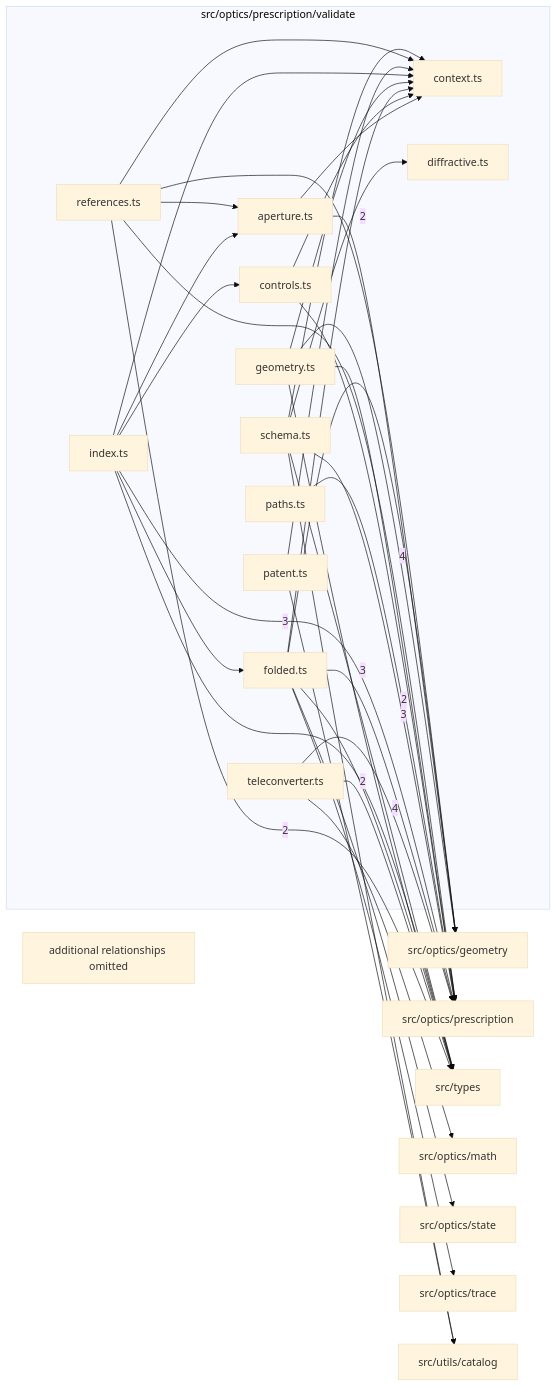
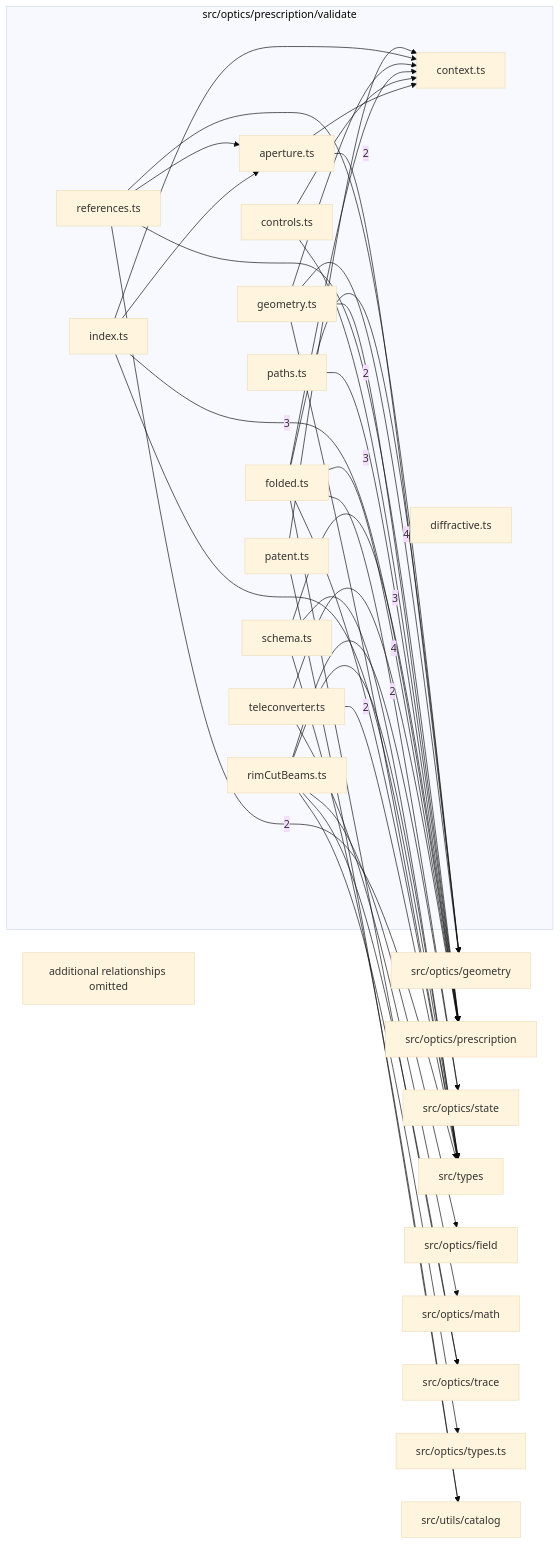
The diagram in src/optics/prescription/validate/readme.md (ronbuening/LensVisualizer), drawn with Mermaid (base theme) before and after one commit. The commit also changed other lines of this file and 33 other files, not shown here.

First line of the commit message:
Add the rim-cut beam rule and all-state clearance checks; clip at the clear radius in audits

````diff
--- a/src/optics/prescription/validate/readme.md
+++ b/src/optics/prescription/validate/readme.md
@@ -9,61 +9,64 @@
 ```mermaid
 flowchart LR
   subgraph n_src_optics_prescription_validate["src/optics/prescription/validate"]
     n_src_optics_prescription_validate_src_optics_prescription_validate_aperture_ts["aperture.ts"]
     n_src_optics_prescription_validate_src_optics_prescription_validate_context_ts["context.ts"]
     n_src_optics_prescription_validate_src_optics_prescription_validate_controls_ts["controls.ts"]
     n_src_optics_prescription_validate_src_optics_prescription_validate_diffractive_ts["diffractive.ts"]
     n_src_optics_prescription_validate_src_optics_prescription_validate_folded_ts["folded.ts"]
     n_src_optics_prescription_validate_src_optics_prescription_validate_geometry_ts["geometry.ts"]
     n_src_optics_prescription_validate_src_optics_prescription_validate_index_ts["index.ts"]
     n_src_optics_prescription_validate_src_optics_prescription_validate_patent_ts["patent.ts"]
     n_src_optics_prescription_validate_src_optics_prescription_validate_paths_ts["paths.ts"]
     n_src_optics_prescription_validate_src_optics_prescription_validate_references_ts["references.ts"]
+    n_src_optics_prescription_validate_src_optics_prescription_validate_rimCutBeams_ts["rimCutBeams.ts"]
     n_src_optics_prescription_validate_src_optics_prescription_validate_schema_ts["schema.ts"]
     n_src_optics_prescription_validate_src_optics_prescription_validate_teleconverter_ts["teleconverter.ts"]
   end
   n_external_src_optics_geometry["src/optics/geometry"]
   n_external_src_optics_prescription["src/optics/prescription"]
+  n_external_src_optics_state["src/optics/state"]
   n_external_src_types["src/types"]
+  n_external_src_optics_field["src/optics/field"]
   n_external_src_optics_math["src/optics/math"]
-  n_external_src_optics_state["src/optics/state"]
   n_external_src_optics_trace["src/optics/trace"]
+  n_external_src_optics_types_ts["src/optics/types.ts"]
   n_external_src_utils_catalog["src/utils/catalog"]
   n_src_optics_prescription_validate_src_optics_prescription_validate_geometry_ts --> |4| n_external_src_optics_geometry
   n_src_optics_prescription_validate_src_optics_prescription_validate_teleconverter_ts --> |4| n_external_src_optics_prescription
   n_src_optics_prescription_validate_src_optics_prescription_validate_folded_ts --> |3| n_external_src_optics_prescription
   n_src_optics_prescription_validate_src_optics_prescription_validate_index_ts --> |3| n_external_src_optics_prescription
   n_src_optics_prescription_validate_src_optics_prescription_validate_schema_ts --> |3| n_external_src_optics_prescription
   n_src_optics_prescription_validate_src_optics_prescription_validate_aperture_ts --> |2| n_external_src_optics_geometry
   n_src_optics_prescription_validate_src_optics_prescription_validate_paths_ts --> |2| n_external_src_optics_prescription
+  n_src_optics_prescription_validate_src_optics_prescription_validate_rimCutBeams_ts --> |2| n_external_src_optics_state
   n_src_optics_prescription_validate_src_optics_prescription_validate_references_ts --> |2| n_external_src_types
   n_src_optics_prescription_validate_src_optics_prescription_validate_teleconverter_ts --> |2| n_external_src_types
+  n_src_optics_prescription_validate_src_optics_prescription_validate_rimCutBeams_ts --> n_external_src_optics_field
   n_src_optics_prescription_validate_src_optics_prescription_validate_folded_ts --> n_external_src_optics_geometry
   n_src_optics_prescription_validate_src_optics_prescription_validate_references_ts --> n_external_src_optics_geometry
   n_src_optics_prescription_validate_src_optics_prescription_validate_teleconverter_ts --> n_external_src_optics_math
   n_src_optics_prescription_validate_src_optics_prescription_validate_controls_ts --> n_external_src_optics_prescription
   n_src_optics_prescription_validate_src_optics_prescription_validate_geometry_ts --> n_external_src_optics_prescription
   n_src_optics_prescription_validate_src_optics_prescription_validate_references_ts --> n_external_src_optics_prescription
   n_src_optics_prescription_validate_src_optics_prescription_validate_folded_ts --> n_external_src_optics_state
   n_src_optics_prescription_validate_src_optics_prescription_validate_folded_ts --> n_external_src_optics_trace
+  n_src_optics_prescription_validate_src_optics_prescription_validate_rimCutBeams_ts --> n_external_src_optics_trace
+  n_src_optics_prescription_validate_src_optics_prescription_validate_rimCutBeams_ts --> n_external_src_optics_types_ts
   n_src_optics_prescription_validate_src_optics_prescription_validate_folded_ts --> n_external_src_types
   n_src_optics_prescription_validate_src_optics_prescription_validate_geometry_ts --> n_external_src_types
   n_src_optics_prescription_validate_src_optics_prescription_validate_index_ts --> n_external_src_types
+  n_src_optics_prescription_validate_src_optics_prescription_validate_rimCutBeams_ts --> n_external_src_types
   n_src_optics_prescription_validate_src_optics_prescription_validate_schema_ts --> n_external_src_types
   n_src_optics_prescription_validate_src_optics_prescription_validate_patent_ts --> n_external_src_utils_catalog
   n_src_optics_prescription_validate_src_optics_prescription_validate_schema_ts --> n_external_src_utils_catalog
   n_src_optics_prescription_validate_src_optics_prescription_validate_index_ts --> n_src_optics_prescription_validate_src_optics_prescription_validate_aperture_ts
   n_src_optics_prescription_validate_src_optics_prescription_validate_references_ts --> n_src_optics_prescription_validate_src_optics_prescription_validate_aperture_ts
   n_src_optics_prescription_validate_src_optics_prescription_validate_aperture_ts --> n_src_optics_prescription_validate_src_optics_prescription_validate_context_ts
   n_src_optics_prescription_validate_src_optics_prescription_validate_controls_ts --> n_src_optics_prescription_validate_src_optics_prescription_validate_context_ts
   n_src_optics_prescription_validate_src_optics_prescription_validate_folded_ts --> n_src_optics_prescription_validate_src_optics_prescription_validate_context_ts
   n_src_optics_prescription_validate_src_optics_prescription_validate_geometry_ts --> n_src_optics_prescription_validate_src_optics_prescription_validate_context_ts
   n_src_optics_prescription_validate_src_optics_prescription_validate_index_ts --> n_src_optics_prescription_validate_src_optics_prescription_validate_context_ts
   n_src_optics_prescription_validate_src_optics_prescription_validate_patent_ts --> n_src_optics_prescription_validate_src_optics_prescription_validate_context_ts
-  n_src_optics_prescription_validate_src_optics_prescription_validate_references_ts --> n_src_optics_prescription_validate_src_optics_prescription_validate_context_ts
-  n_src_optics_prescription_validate_src_optics_prescription_validate_schema_ts --> n_src_optics_prescription_validate_src_optics_prescription_validate_context_ts
-  n_src_optics_prescription_validate_src_optics_prescription_validate_index_ts --> n_src_optics_prescription_validate_src_optics_prescription_validate_controls_ts
-  n_src_optics_prescription_validate_src_optics_prescription_validate_schema_ts --> n_src_optics_prescription_validate_src_optics_prescription_validate_diffractive_ts
-  n_src_optics_prescription_validate_src_optics_prescription_validate_index_ts --> n_src_optics_prescription_validate_src_optics_prescription_validate_folded_ts
   n_src_optics_prescription_validate_truncated["additional relationships omitted"]
 ```
````
